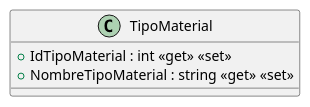
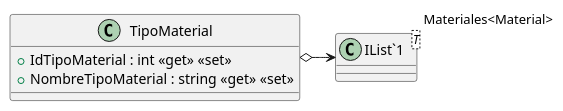
The diagram in src/AppForSEII.API/ClassDiagram/Models/TipoMaterial.puml (2026-27AstonMartin/ISII2627AstonMartin), drawn with PlantUML before and after one commit. The commit also changed 4 other files, not shown here.

Commit message:
Actualizar clase Material según el diagrama

```diff
--- a/src/AppForSEII.API/ClassDiagram/Models/TipoMaterial.puml
+++ b/src/AppForSEII.API/ClassDiagram/Models/TipoMaterial.puml
@@ -1,6 +1,9 @@
 @startuml
 class TipoMaterial {
     + IdTipoMaterial : int <<get>> <<set>>
     + NombreTipoMaterial : string <<get>> <<set>>
 }
+class "IList`1"<T> {
+}
+TipoMaterial o-> "Materiales<Material>" "IList`1"
 @enduml
```
